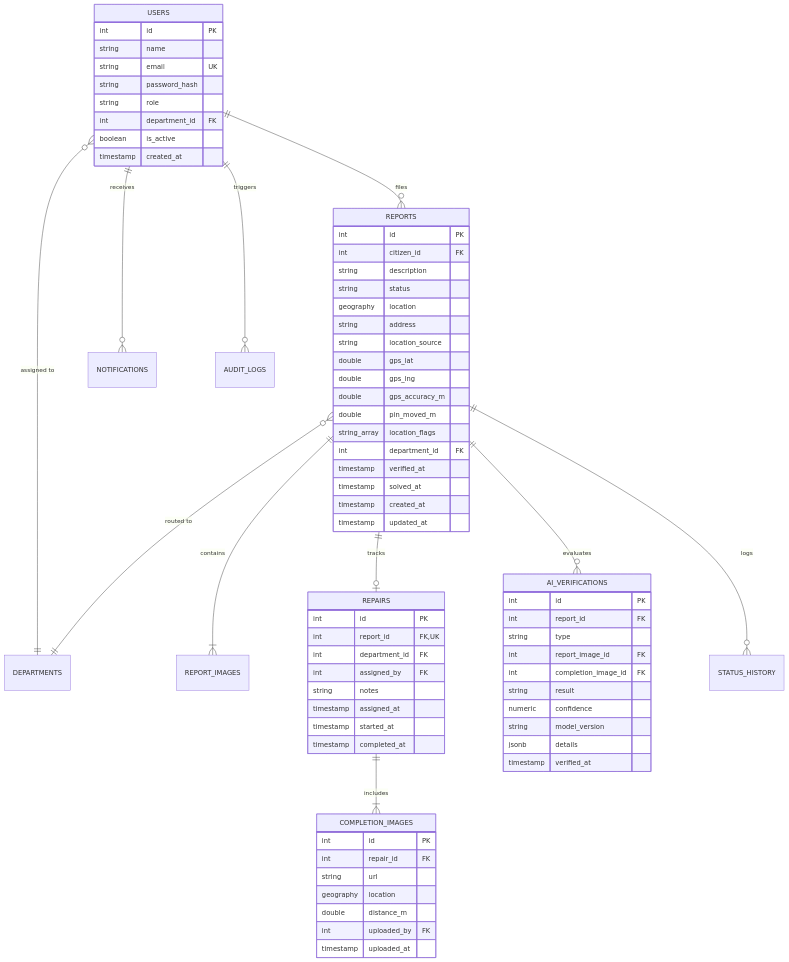
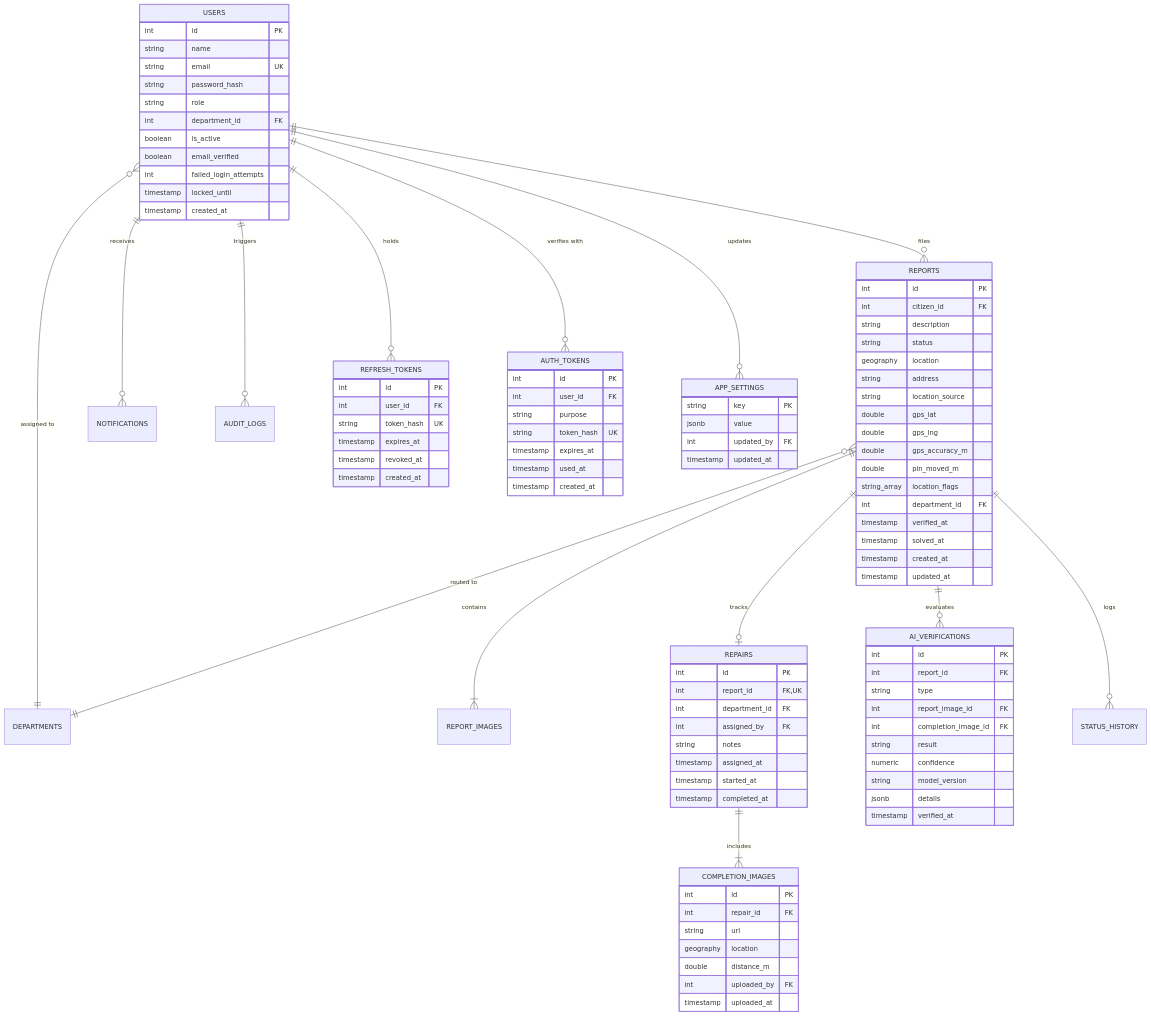
Before and after one commit to ParinShah2312/Pothole-Reporting-System: the first of 3 diagrams in docs/ARCHITECTURE_AND_SYSTEM_DESIGN.md, drawn with Mermaid. The commit also changed other lines of this file and 68 other files, not shown here.

```diff
--- a/docs/ARCHITECTURE_AND_SYSTEM_DESIGN.md
+++ b/docs/ARCHITECTURE_AND_SYSTEM_DESIGN.md
@@ -80,6 +82,16 @@
     REPORTS ||--o{ STATUS_HISTORY : "logs"
     USERS ||--o{ NOTIFICATIONS : "receives"
     USERS ||--o{ AUDIT_LOGS : "triggers"
+    USERS ||--o{ REFRESH_TOKENS : "holds"
+    USERS ||--o{ AUTH_TOKENS : "verifies with"
+    USERS ||--o{ APP_SETTINGS : "updates"
+
+    APP_SETTINGS {
+        string key PK
+        jsonb value
+        int updated_by FK
+        timestamp updated_at
+    }
 
     USERS {
         int id PK
@@ -89,6 +101,28 @@
         string role
         int department_id FK
         boolean is_active
+        boolean email_verified
+        int failed_login_attempts
+        timestamp locked_until
+        timestamp created_at
+    }
+
+    REFRESH_TOKENS {
+        int id PK
+        int user_id FK
+        string token_hash UK
+        timestamp expires_at
+        timestamp revoked_at
+        timestamp created_at
+    }
+
+    AUTH_TOKENS {
+        int id PK
+        int user_id FK
+        string purpose
+        string token_hash UK
+        timestamp expires_at
+        timestamp used_at
         timestamp created_at
     }
 
```
